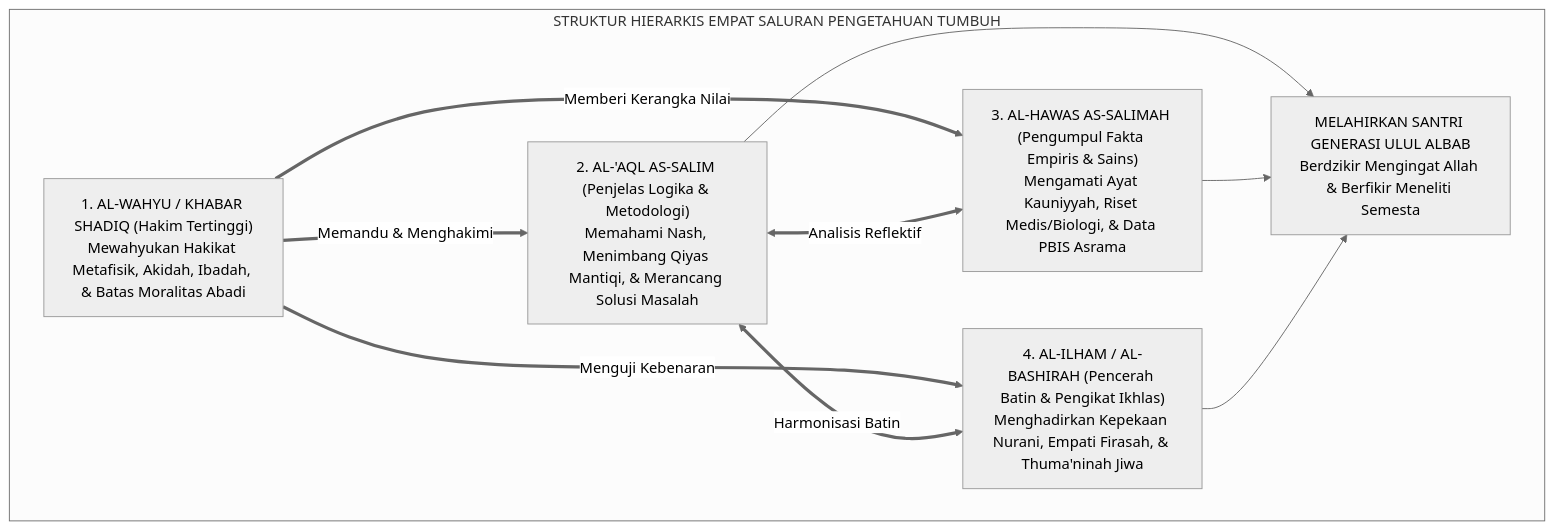
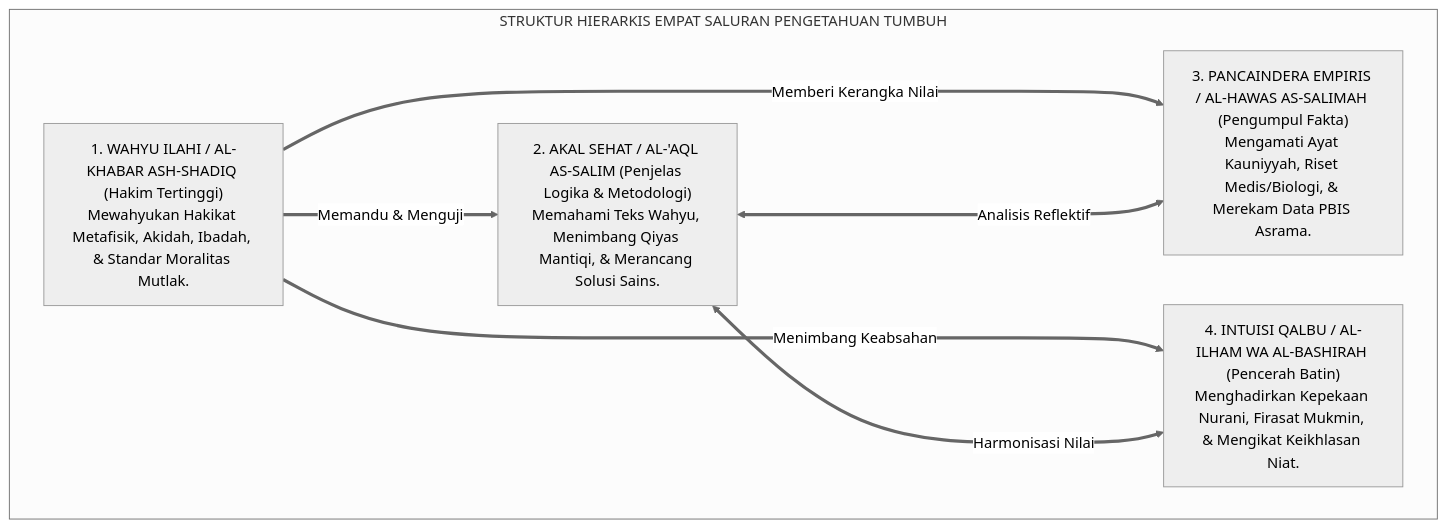
One commit to wandiapriliyandi/tumbuh changed the second of 4 diagrams in 01 Philosophy/01 Worldview/02 Epistemologi TUMBUH/P1-01-02-01-Sumber-Pengetahuan.md. Above: the diagram before and after it, drawn with Mermaid (neutral theme). The commit also changed other lines of this file and 9 other files, not shown here.

````diff
--- a/01 Philosophy/01 Worldview/02 Epistemologi TUMBUH/P1-01-02-01-Sumber-Pengetahuan.md
+++ b/01 Philosophy/01 Worldview/02 Epistemologi TUMBUH/P1-01-02-01-Sumber-Pengetahuan.md
@@ -371,18 +119,20 @@
 ```mermaid
-graph TD
+flowchart TD
     subgraph StrukturHierarkiEpistemologi["STRUKTUR HIERARKIS EMPAT SALURAN PENGETAHUAN TUMBUH"]
-        W["1. AL-WAHYU / KHABAR SHADIQ (Hakim Tertinggi)<br/>Mewahyukan Hakikat Metafisik, Akidah, Ibadah, & Batas Moralitas Abadi"]
-        A["2. AL-'AQL AS-SALIM (Penjelas Logika & Metodologi)<br/>Memahami Nash, Menimbang Qiyas Mantiqi, & Merancang Solusi Masalah"]
-        H["3. AL-HAWAS AS-SALIMAH (Pengumpul Fakta Empiris & Sains)<br/>Mengamati Ayat Kauniyyah, Riset Medis/Biologi, & Data PBIS Asrama"]
-        I["4. AL-ILHAM / AL-BASHIRAH (Pencerah Batin & Pengikat Ikhlas)<br/>Menghadirkan Kepekaan Nurani, Empati Firasah, & Thuma'ninah Jiwa"]
         
-        W ==>|Memandu & Menghakimi| A
-        W ==>|Memberi Kerangka Nilai| H
-        W ==>|Menguji Kebenaran| I
+        W1["1. WAHYU ILAHI / AL-KHABAR ASH-SHADIQ (Hakim Tertinggi)<br/>Mewahyukan Hakikat Metafisik, Akidah, Ibadah, & Standar Moralitas Mutlak."]
         
-        A <==>|Analisis Reflektif| H
-        A <==>|Harmonisasi Batin| I
+        A1["2. AKAL SEHAT / AL-'AQL AS-SALIM (Penjelas Logika & Metodologi)<br/>Memahami Teks Wahyu, Menimbang Qiyas Mantiqi, & Merancang Solusi Sains."]
         
-        A & H & I --> OutputUmat["MELAHIRKAN SANTRI GENERASI ULUL ALBAB<br/>Berdzikir Mengingat Allah & Berfikir Meneliti Semesta"]
+        H1["3. PANCAINDERA EMPIRIS / AL-HAWAS AS-SALIMAH (Pengumpul Fakta)<br/>Mengamati Ayat Kauniyyah, Riset Medis/Biologi, & Merekam Data PBIS Asrama."]
+        
+        I1["4. INTUISI QALBU / AL-ILHAM WA AL-BASHIRAH (Pencerah Batin)<br/>Menghadirkan Kepekaan Nurani, Firasat Mukmin, & Mengikat Keikhlasan Niat."]
+        
+        W1 ==>|Memandu & Menguji| A1
+        W1 ==>|Memberi Kerangka Nilai| H1
+        W1 ==>|Menimbang Keabsahan| I1
+        
+        A1 <===>|Analisis Reflektif| H1
+        A1 <===>|Harmonisasi Nilai| I1
     end
 ```
````
